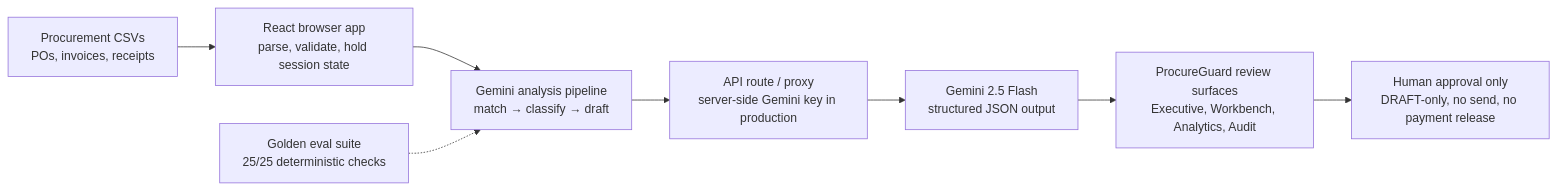
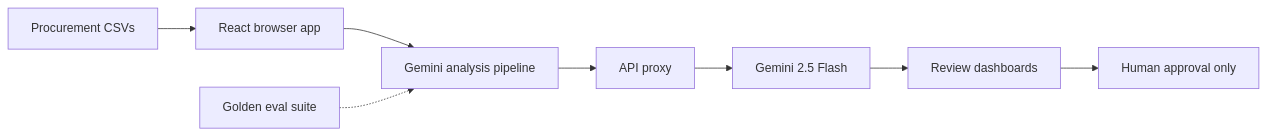
The diagram in README.md (sharanlabs/procureguard-ai), drawn with Mermaid before and after one commit. The commit also changed 2 other files, not shown here.

Commit message:
docs: fix GitHub Mermaid architecture rendering

````diff
--- a/README.md
+++ b/README.md
@@ -63,11 +63,10 @@
 ```mermaid
 flowchart LR
-  files["Procurement CSVs<br/>POs, invoices, receipts"] --> app["React browser app<br/>parse, validate, hold session state"]
-  app --> pipeline["Gemini analysis pipeline<br/>match → classify → draft"]
-  pipeline --> proxy["API route / proxy<br/>server-side Gemini key in production"]
-  proxy --> gemini["Gemini 2.5 Flash<br/>structured JSON output"]
-  gemini --> review["ProcureGuard review surfaces<br/>Executive, Workbench, Analytics, Audit"]
-  review --> human["Human approval only<br/>DRAFT-only, no send, no payment release"]
-
-  evals["Golden eval suite<br/>25/25 deterministic checks"] -.-> pipeline
+  files["Procurement CSVs"] --> app["React browser app"]
+  app --> pipeline["Gemini analysis pipeline"]
+  pipeline --> proxy["API proxy"]
+  proxy --> gemini["Gemini 2.5 Flash"]
+  gemini --> review["Review dashboards"]
+  review --> human["Human approval only"]
+  evals["Golden eval suite"] -.-> pipeline
 ```
````
